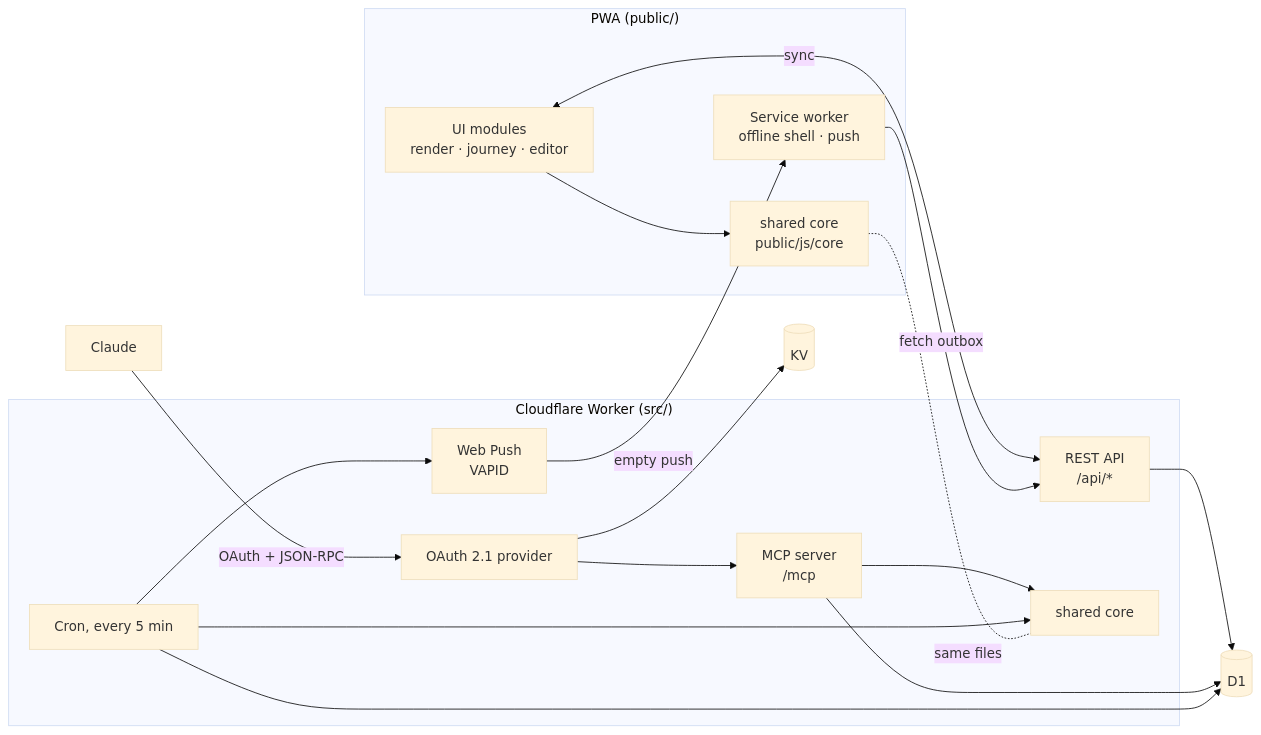
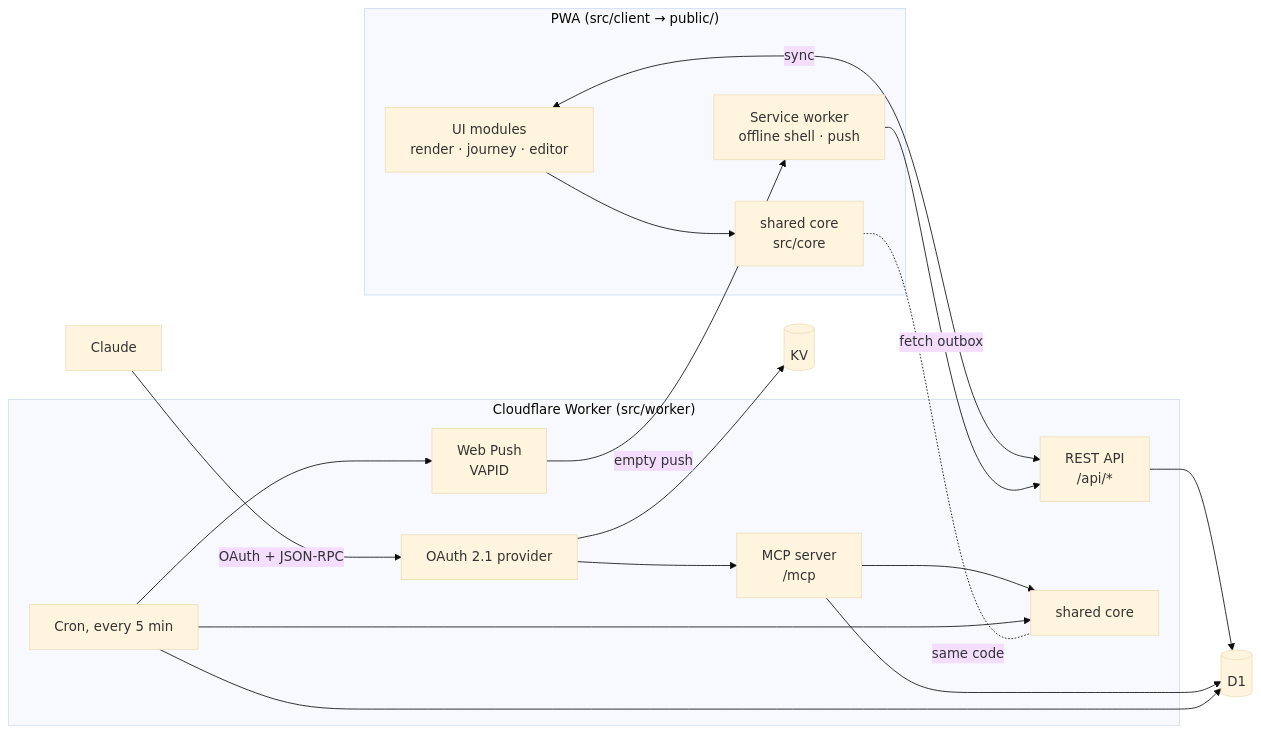
The diagram in README.md (jerry-vrabel-development/quest-log), drawn with Mermaid (base theme) before and after one commit. The commit also changed other lines of this file and 107 other files, not shown here.

````diff
--- a/README.md
+++ b/README.md
@@ -13,23 +13,23 @@
 ```mermaid
 flowchart LR
-  subgraph Browser["PWA (public/)"]
+  subgraph Browser["PWA (src/client → public/)"]
     UI["UI modules<br/>render · journey · editor"] --> Core
     SW["Service worker<br/>offline shell · push"]
   end
-  subgraph Worker["Cloudflare Worker (src/)"]
+  subgraph Worker["Cloudflare Worker (src/worker)"]
     OAuth["OAuth 2.1 provider"] --> MCP["MCP server<br/>/mcp"]
     API["REST API<br/>/api/*"]
     Cron["Cron, every 5 min"] --> Push["Web Push<br/>VAPID"]
     MCP --> Core2["shared core"]
     Cron --> Core2
   end
-  Core["shared core<br/>public/js/core"] -. same files .- Core2
+  Core["shared core<br/>src/core"] -. same code .- Core2
   UI <-->|sync| API
   API --> D1[(D1)]
   MCP --> D1
   Cron --> D1
   OAuth --> KV[(KV)]
   Push -->|empty push| SW
   SW -->|fetch outbox| API
   Claude["Claude"] -->|OAuth + JSON-RPC| OAuth
 ```
````
